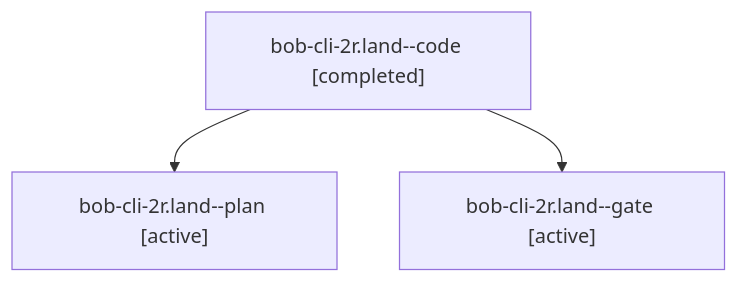
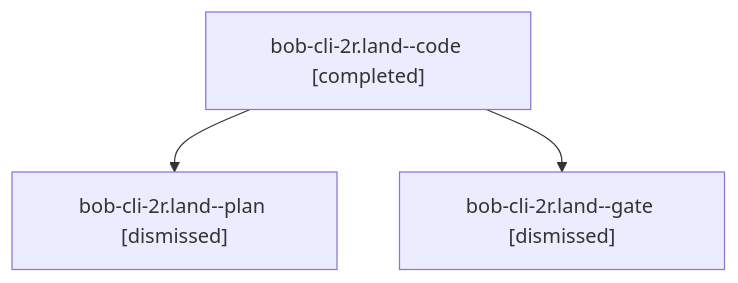
Before and after one commit to bobs-org/bob-cli--agents: the diagram in sessions/bbugyi200.apollo.bob-cli-2r.land.md, drawn with Mermaid. The commit also changed other lines of this file and 135 other files, not shown here.

````diff
--- a/sessions/bbugyi200.apollo.bob-cli-2r.land.md
+++ b/sessions/bbugyi200.apollo.bob-cli-2r.land.md
@@ -9,8 +9,8 @@
 ```mermaid
 flowchart TD
   n0["bob-cli-2r.land--code [completed]"]
-  n1["bob-cli-2r.land--plan [active]"]
+  n1["bob-cli-2r.land--plan [dismissed]"]
   n0 --> n1
-  n2["bob-cli-2r.land--gate [active]"]
+  n2["bob-cli-2r.land--gate [dismissed]"]
   n0 --> n2
 ```
````
